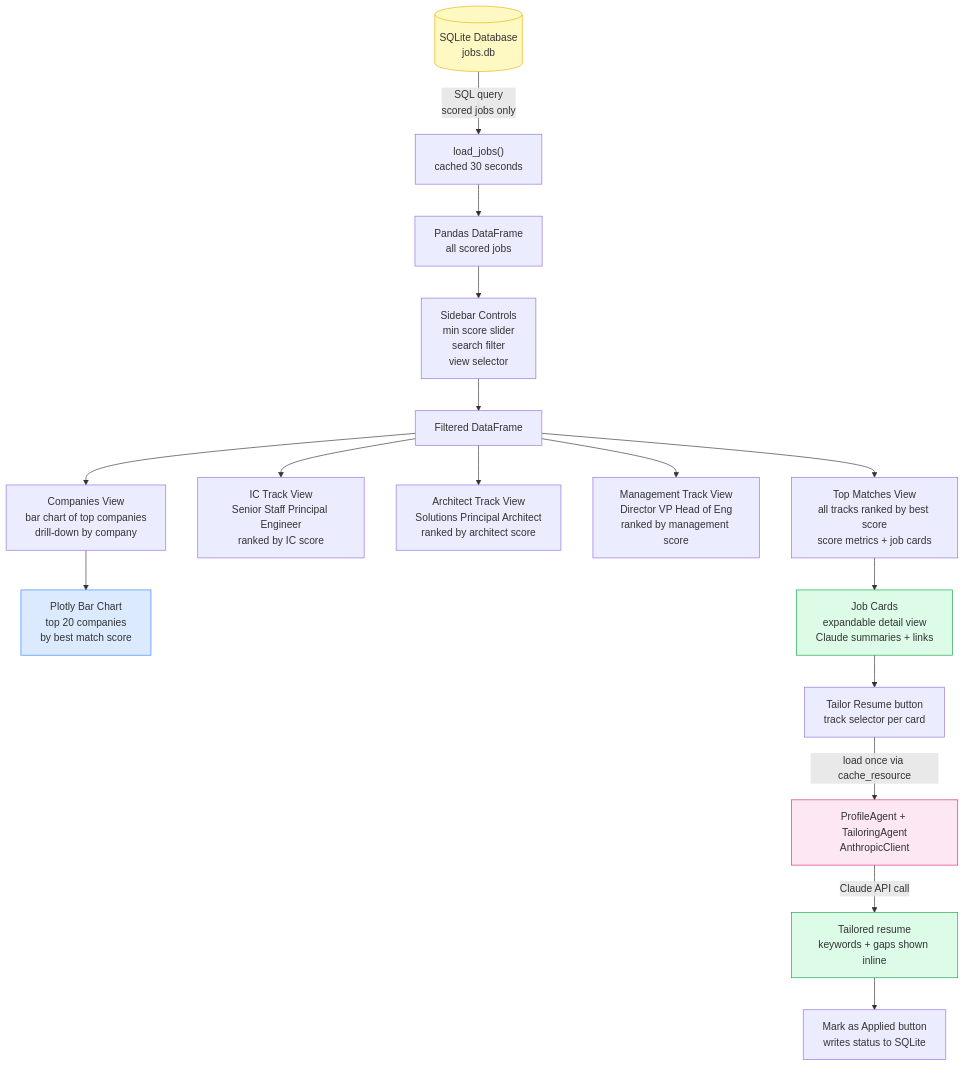
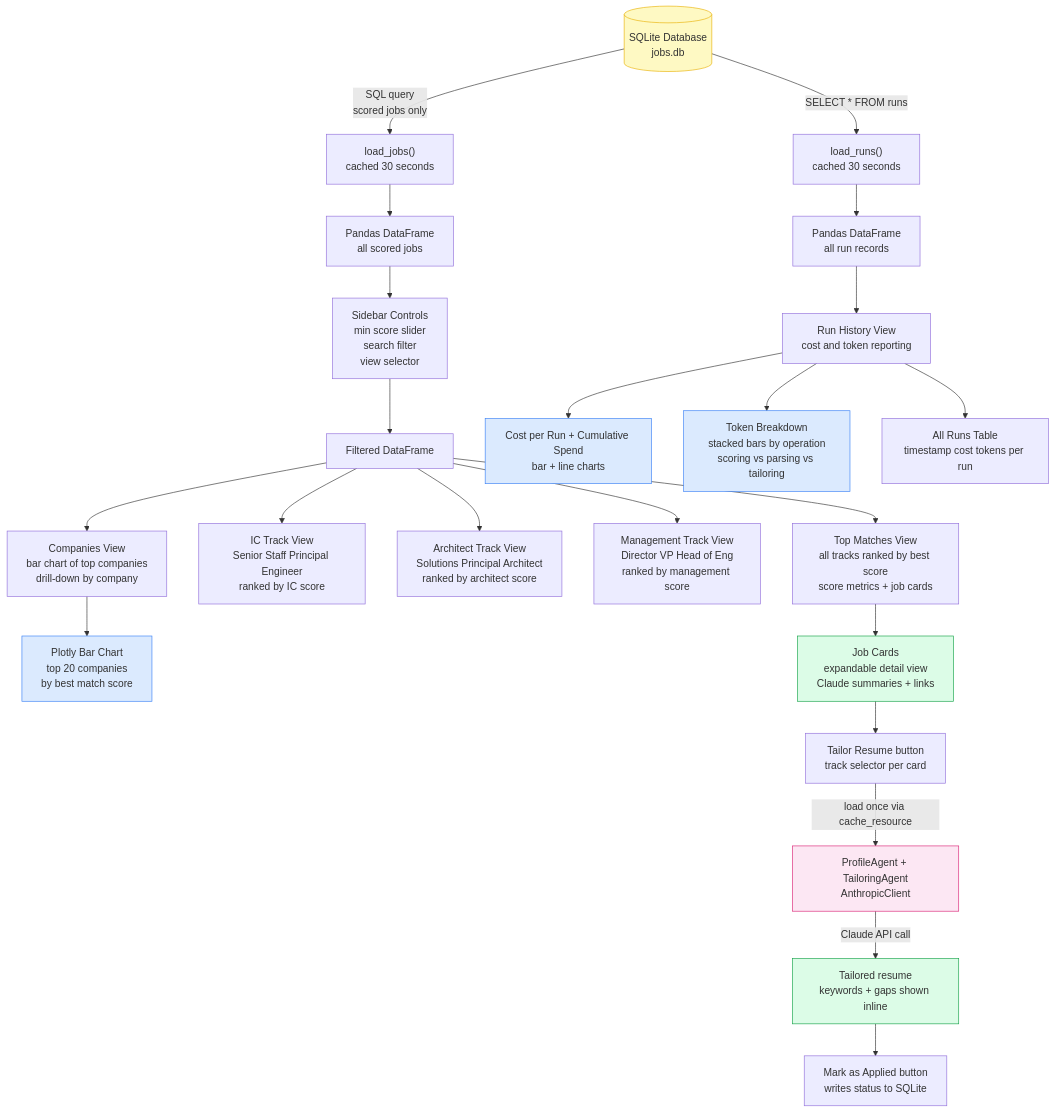
One commit to suthrams/jobsearchagent-v2 changed the third of 12 diagrams in docs/architecture.md. Above: the diagram before and after it, drawn with Mermaid. The commit also changed other lines of this file and 13 other files, not shown here.

````diff
--- a/docs/architecture.md
+++ b/docs/architecture.md
@@ -128,28 +128,36 @@
 ```mermaid
 flowchart TD
     DB[("SQLite Database\njobs.db")] -->|"SQL query\nscored jobs only"| LOAD["load_jobs()\ncached 30 seconds"]
+    DB -->|"SELECT * FROM runs"| LOAD_RUNS["load_runs()\ncached 30 seconds"]
     LOAD --> DF["Pandas DataFrame\nall scored jobs"]
+    LOAD_RUNS --> RDF["Pandas DataFrame\nall run records"]
 
     DF --> SIDEBAR["Sidebar Controls\nmin score slider\nsearch filter\nview selector"]
     SIDEBAR --> FILTER["Filtered DataFrame"]
 
     FILTER --> V1["Top Matches View\nall tracks ranked by best score\nscore metrics + job cards"]
     FILTER --> V2["IC Track View\nSenior Staff Principal Engineer\nranked by IC score"]
     FILTER --> V3["Architect Track View\nSolutions Principal Architect\nranked by architect score"]
     FILTER --> V4["Management Track View\nDirector VP Head of Eng\nranked by management score"]
     FILTER --> V5["Companies View\nbar chart of top companies\ndrill-down by company"]
+    RDF --> V6["Run History View\ncost and token reporting"]
 
     V5 --> CHART["Plotly Bar Chart\ntop 20 companies\nby best match score"]
+    V6 --> COST_CHART["Cost per Run + Cumulative Spend\nbar + line charts"]
+    V6 --> TOKEN_CHART["Token Breakdown\nstacked bars by operation\nscoring vs parsing vs tailoring"]
+    V6 --> RUN_TABLE["All Runs Table\ntimestamp cost tokens per run"]
     V1 --> CARDS["Job Cards\nexpandable detail view\nClaude summaries + links"]
 
     CARDS --> TAILOR_UI["Tailor Resume button\ntrack selector per card"]
     TAILOR_UI -->|"load once via cache_resource"| AGENTS["ProfileAgent + TailoringAgent\nAnthropicClient"]
     AGENTS -->|"Claude API call"| TRESULT["Tailored resume\nkeywords + gaps shown inline"]
     TRESULT --> APPLY["Mark as Applied button\nwrites status to SQLite"]
 
     style DB fill:#fef9c3,stroke:#eab308
     style CHART fill:#dbeafe,stroke:#3b82f6
+    style COST_CHART fill:#dbeafe,stroke:#3b82f6
+    style TOKEN_CHART fill:#dbeafe,stroke:#3b82f6
     style CARDS fill:#dcfce7,stroke:#16a34a
     style AGENTS fill:#fce7f3,stroke:#db2777
     style TRESULT fill:#dcfce7,stroke:#16a34a
 ```
````
